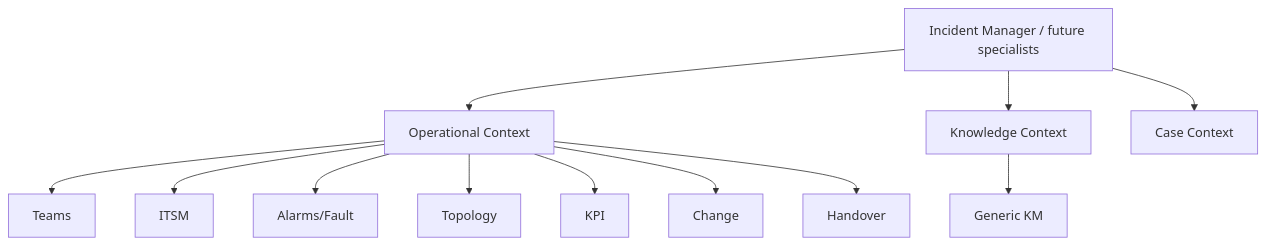
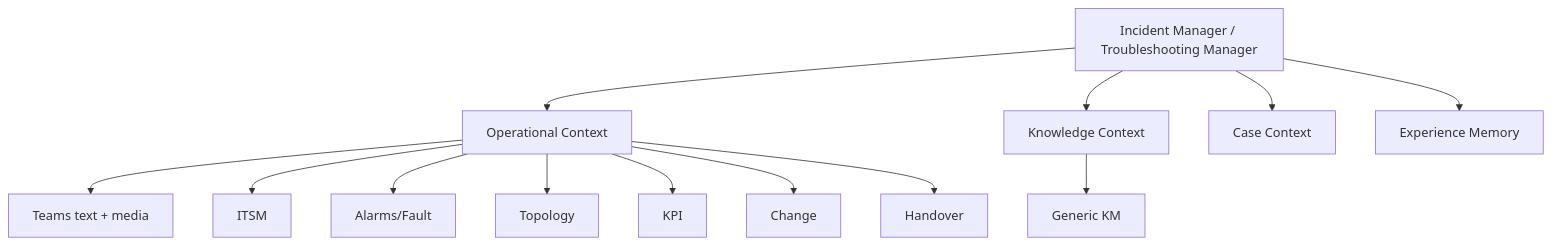
One commit to drak0niii/SLOPANOC changed the eighth of 10 diagrams in docs/BUILD_SEQUENCE.md. Above: the diagram before and after it, drawn with Mermaid. The commit also changed other lines of this file and 4 other files, not shown here.

Commit message:
docs: realign roadmap for 5x and phase 6 split

````diff
--- a/docs/BUILD_SEQUENCE.md
+++ b/docs/BUILD_SEQUENCE.md
@@ -409,14 +679,15 @@
 ```mermaid
 flowchart TD
-    IM["Incident Manager / future specialists"] --> OC[Operational Context]
-    OC --> TEAMS[Teams]
+    IM["Incident Manager / Troubleshooting Manager"] --> OC[Operational Context]
+    OC --> TEAMS[Teams text + media]
     OC --> ITSM[ITSM]
     OC --> ALARM["Alarms/Fault"]
     OC --> TOPO[Topology]
     OC --> KPI[KPI]
     OC --> CHANGE[Change]
     OC --> HANDOVER[Handover]
     IM --> KC[Knowledge Context]
     KC --> GKM[Generic KM]
     IM --> CC[Case Context]
+    IM --> EM[Experience Memory]
 ```
````
